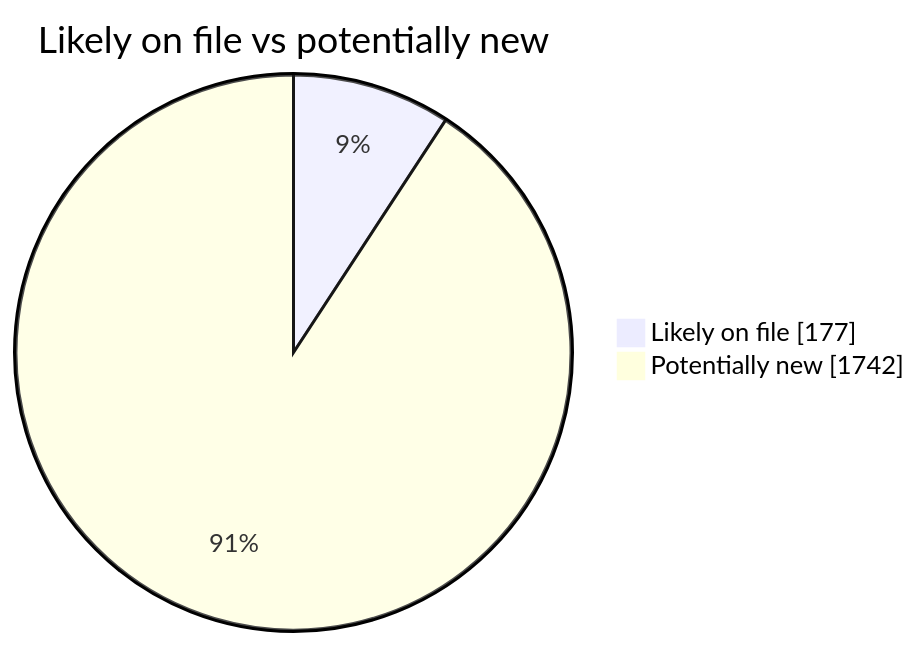
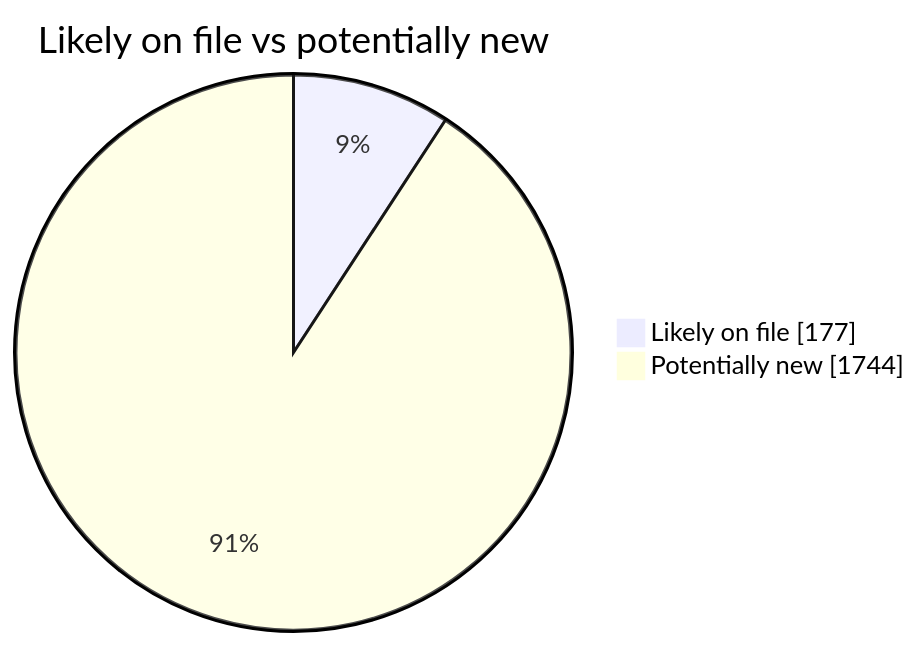
The second of 4 diagrams in README.md (martinbalfanz/social-scanner-reports), drawn with Mermaid before and after one commit. The commit also changed other lines of this file and 4 other files, not shown here.

````diff
--- a/README.md
+++ b/README.md
@@ -40,5 +40,5 @@
 ```mermaid
 pie showData title Likely on file vs potentially new
     "Likely on file" : 177
-    "Potentially new" : 1742
+    "Potentially new" : 1744
 ```
````
